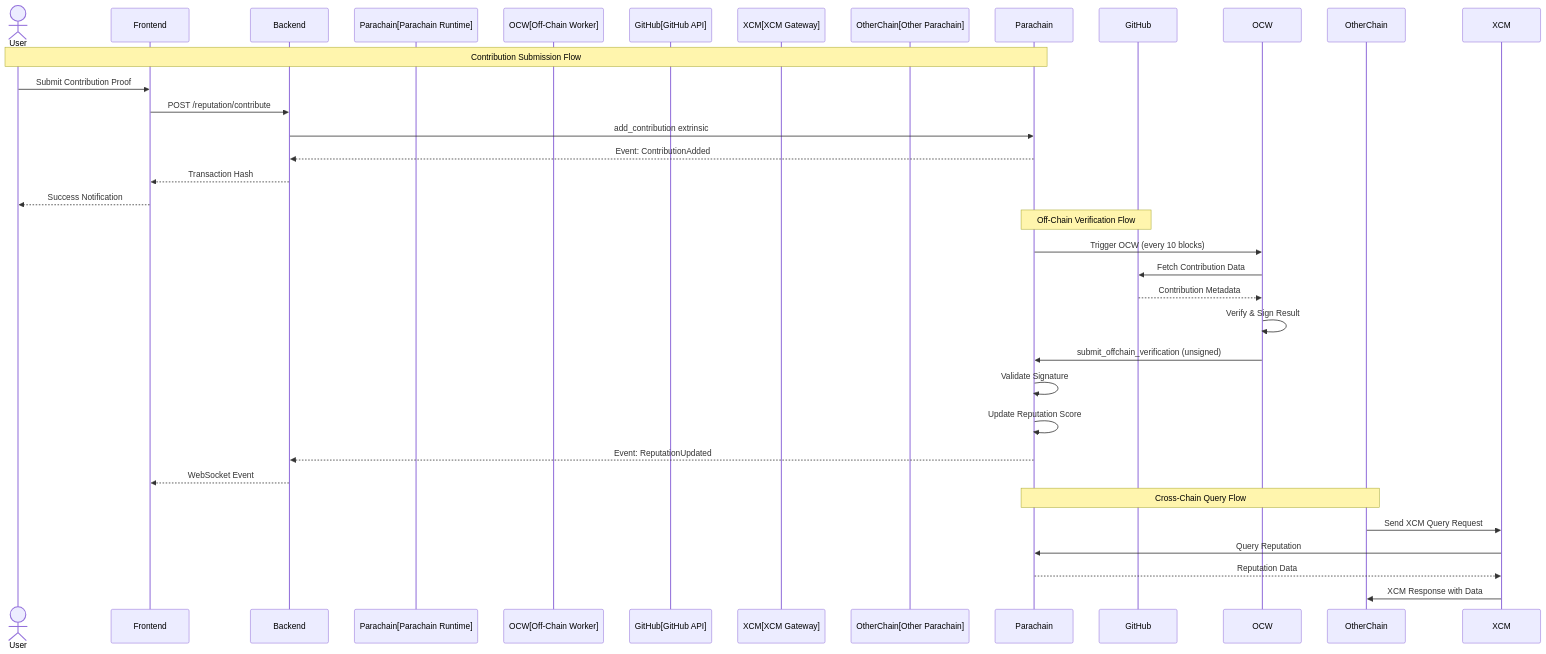
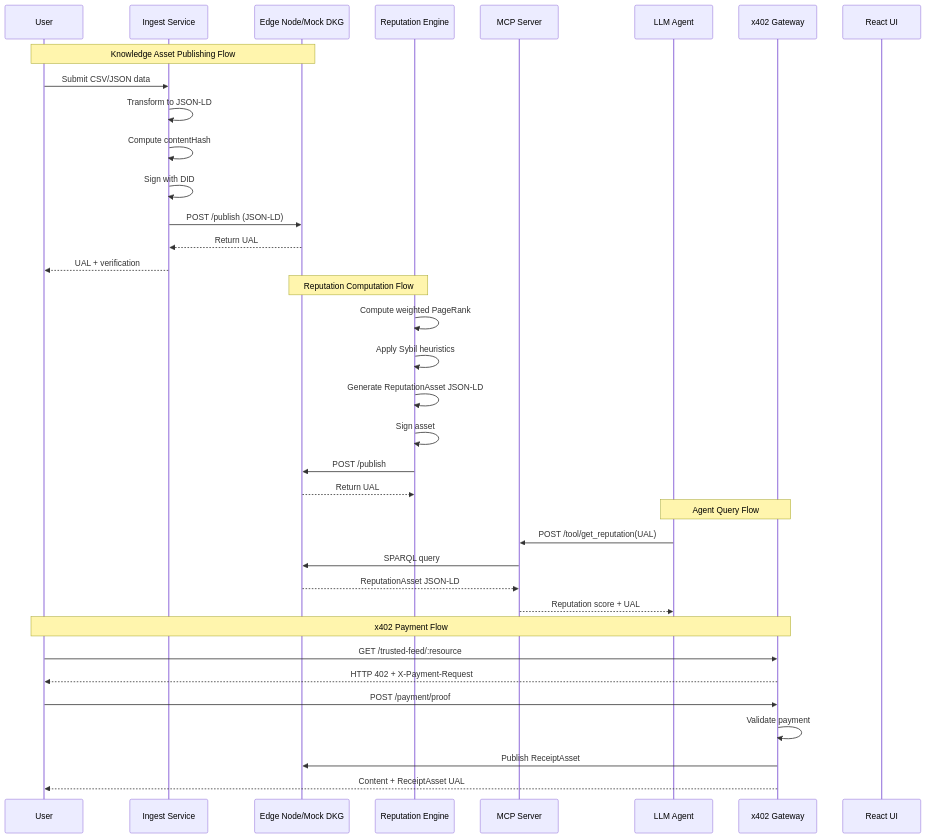
The second of 5 diagrams in README.md (lucylow/dotrep), drawn with Mermaid before and after one commit. The commit also changed other lines of this file and 14 other files, not shown here.

````diff
--- a/README.md
+++ b/README.md
@@ -616,36 +166,42 @@
 ```mermaid
 sequenceDiagram
-    actor User
-    participant Frontend
-    participant Backend
-    participant Parachain[Parachain Runtime]
-    participant OCW[Off-Chain Worker]
-    participant GitHub[GitHub API]
-    participant XCM[XCM Gateway]
-    participant OtherChain[Other Parachain]
+    participant User
+    participant Ingest as Ingest Service
+    participant DKG as Edge Node/Mock DKG
+    participant RepEngine as Reputation Engine
+    participant MCP as MCP Server
+    participant Agent as LLM Agent
+    participant X402 as x402 Gateway
+    participant UI as React UI
     
-    Note over User,Parachain: Contribution Submission Flow
-    User->>Frontend: Submit Contribution Proof
-    Frontend->>Backend: POST /reputation/contribute
-    Backend->>Parachain: add_contribution extrinsic
-    Parachain-->>Backend: Event: ContributionAdded
-    Backend-->>Frontend: Transaction Hash
-    Frontend-->>User: Success Notification
+    Note over User,DKG: Knowledge Asset Publishing Flow
+    User->>Ingest: Submit CSV/JSON data
+    Ingest->>Ingest: Transform to JSON-LD
+    Ingest->>Ingest: Compute contentHash
+    Ingest->>Ingest: Sign with DID
+    Ingest->>DKG: POST /publish (JSON-LD)
+    DKG-->>Ingest: Return UAL
+    Ingest-->>User: UAL + verification
     
-    Note over Parachain,GitHub: Off-Chain Verification Flow
-    Parachain->>OCW: Trigger OCW (every 10 blocks)
-    OCW->>GitHub: Fetch Contribution Data
-    GitHub-->>OCW: Contribution Metadata
-    OCW->>OCW: Verify & Sign Result
-    OCW->>Parachain: submit_offchain_verification (unsigned)
-    Parachain->>Parachain: Validate Signature
-    Parachain->>Parachain: Update Reputation Score
-    Parachain-->>Backend: Event: ReputationUpdated
-    Backend-->>Frontend: WebSocket Event
+    Note over RepEngine,DKG: Reputation Computation Flow
+    RepEngine->>RepEngine: Compute weighted PageRank
+    RepEngine->>RepEngine: Apply Sybil heuristics
+    RepEngine->>RepEngine: Generate ReputationAsset JSON-LD
+    RepEngine->>RepEngine: Sign asset
+    RepEngine->>DKG: POST /publish
+    DKG-->>RepEngine: Return UAL
     
-    Note over OtherChain,Parachain: Cross-Chain Query Flow
-    OtherChain->>XCM: Send XCM Query Request
-    XCM->>Parachain: Query Reputation
-    Parachain-->>XCM: Reputation Data
-    XCM->>OtherChain: XCM Response with Data
+    Note over Agent,X402: Agent Query Flow
+    Agent->>MCP: POST /tool/get_reputation(UAL)
+    MCP->>DKG: SPARQL query
+    DKG-->>MCP: ReputationAsset JSON-LD
+    MCP-->>Agent: Reputation score + UAL
+    
+    Note over User,X402: x402 Payment Flow
+    User->>X402: GET /trusted-feed/:resource
+    X402-->>User: HTTP 402 + X-Payment-Request
+    User->>X402: POST /payment/proof
+    X402->>X402: Validate payment
+    X402->>DKG: Publish ReceiptAsset
+    X402-->>User: Content + ReceiptAsset UAL
 ```
````
